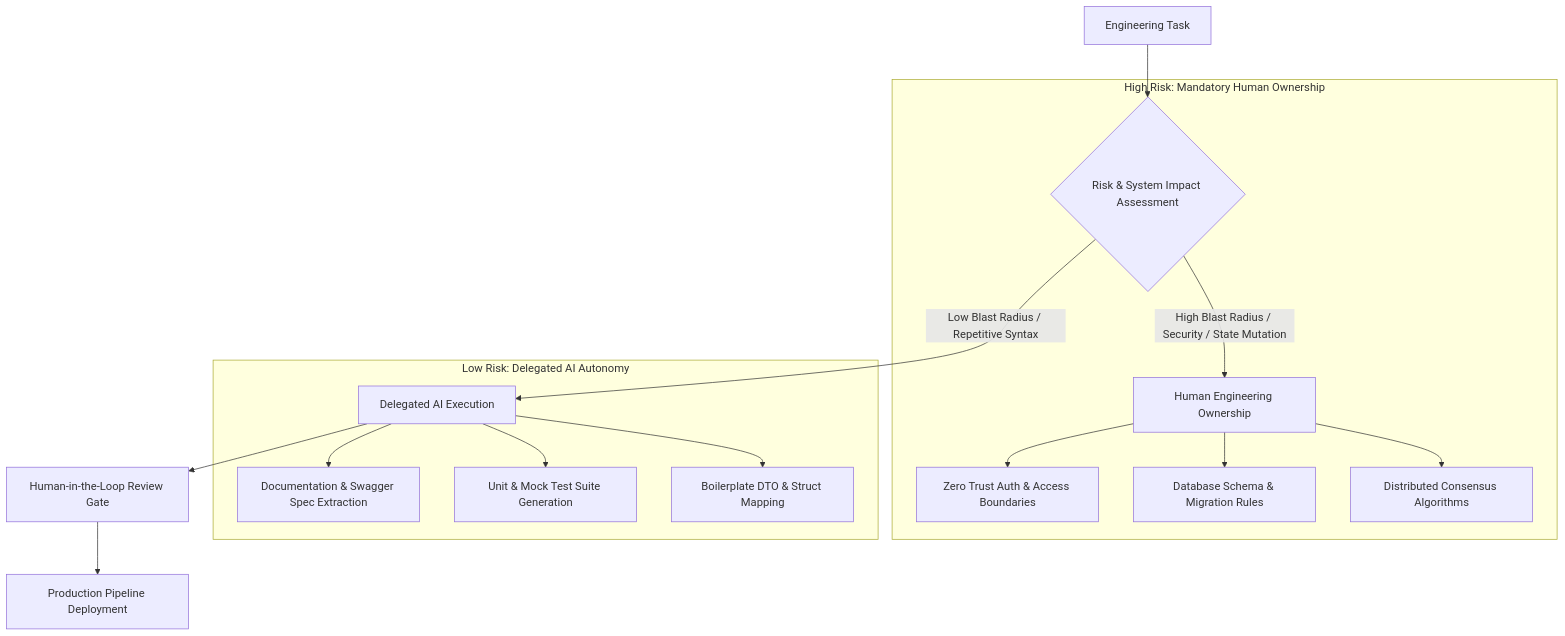
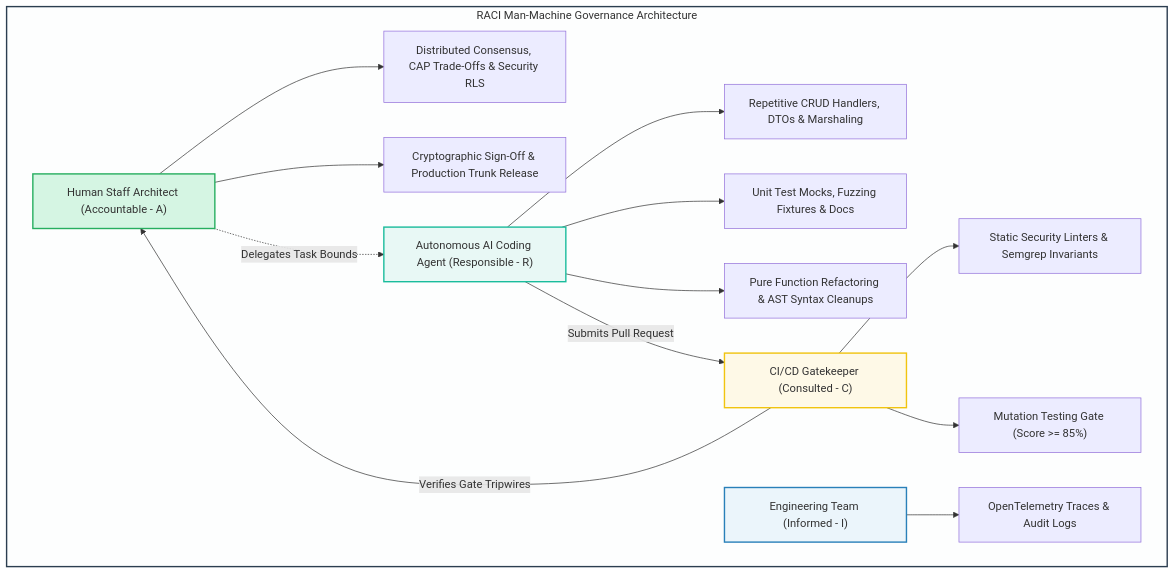
One commit to vesviet/vesviet changed the first of 3 diagrams in content/series/ai-driven-engineer/part-2-man-vs-machine-boundaries.md. Above: the diagram before and after it, drawn with Mermaid. The commit also changed other lines of this file and 67 other files, not shown here.

Commit message:
feat(sprint-3): upgrade ai-data-engineering-pipeline and ai-driven-engineer series to 2027 SOTA masterclass

````diff
--- a/content/series/ai-driven-engineer/part-2-man-vs-machine-boundaries.md
+++ b/content/series/ai-driven-engineer/part-2-man-vs-machine-boundaries.md
@@ -44,21 +39,26 @@
 ```mermaid
-graph TD
-    IncomingTask["Engineering Task"] --> EvaluateRisk{"Risk & System Impact Assessment"}
-    
-    subgraph High Risk: Mandatory Human Ownership
-        EvaluateRisk -->|"High Blast Radius / Security / State Mutation"| HumanDomain["Human Engineering Ownership"]
-        HumanDomain --> Task1["Distributed Consensus Algorithms"]
-        HumanDomain --> Task2["Database Schema & Migration Rules"]
-        HumanDomain --> Task3["Zero Trust Auth & Access Boundaries"]
+flowchart TD
+    subgraph RACI ["RACI Man-Machine Governance Architecture"]
+        Arch["Human Staff Architect (Accountable - A)"] --> Invariants["Distributed Consensus, CAP Trade-Offs & Security RLS"]
+        Arch --> SignOff["Cryptographic Sign-Off & Production Trunk Release"]
+
+        Agent["Autonomous AI Coding Agent (Responsible - R)"] --> Boilerplate["Repetitive CRUD Handlers, DTOs & Marshaling"]
+        Agent --> TestStubs["Unit Test Mocks, Fuzzing Fixtures & Docs"]
+        Agent --> Refactor["Pure Function Refactoring & AST Syntax Cleanups"]
+
+        DevOps["CI/CD Gatekeeper (Consulted - C)"] --> SARIF["Static Security Linters & Semgrep Invariants"]
+        DevOps --> MutScore["Mutation Testing Gate (Score >= 85%)"]
+
+        Team["Engineering Team (Informed - I)"] --> Telemetry["OpenTelemetry Traces & Audit Logs"]
     end
 
-    subgraph Low Risk: Delegated AI Autonomy
-        EvaluateRisk -->|"Low Blast Radius / Repetitive Syntax"| AIDomain["Delegated AI Execution"]
-        AIDomain --> Task4["Boilerplate DTO & Struct Mapping"]
-        AIDomain --> Task5["Unit & Mock Test Suite Generation"]
-        AIDomain --> Task6["Documentation & Swagger Spec Extraction"]
-    end
+    Arch -.->|"Delegates Task Bounds"| Agent
+    Agent -->|"Submits Pull Request"| DevOps
+    DevOps -->|"Verifies Gate Tripwires"| Arch
 
-    AIDomain --> HITLGate["Human-in-the-Loop Review Gate"]
-    HITLGate --> Deploy["Production Pipeline Deployment"]
+    style RACI fill:#fdfefe,stroke:#2c3e50,stroke-width:2px
+    style Arch fill:#d5f5e3,stroke:#27ae60,stroke-width:2px
+    style Agent fill:#e8f8f5,stroke:#1abc9c,stroke-width:2px
+    style DevOps fill:#fef9e7,stroke:#f1c40f,stroke-width:2px
+    style Team fill:#ebf5fb,stroke:#2980b9,stroke-width:2px
 ```
````
